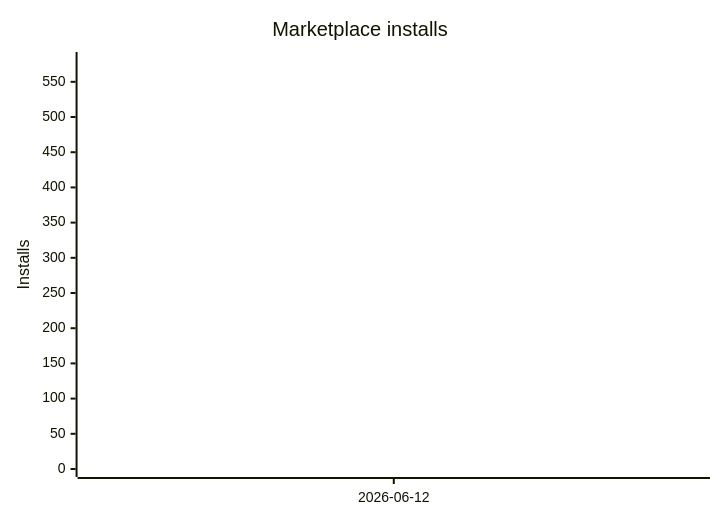
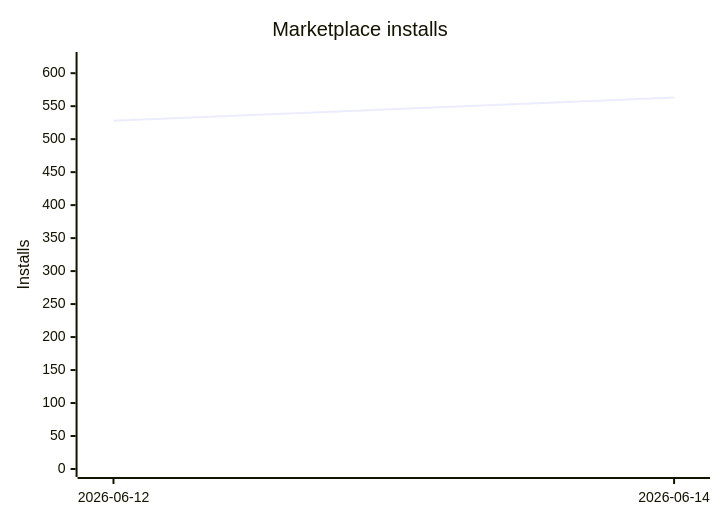
One commit to klarkxy/minimax-vscode changed the diagram in README.md. Above: the diagram before and after it, drawn with Mermaid. The commit also changed 5 other files, not shown here.

````diff
--- a/README.md
+++ b/README.md
@@ -41,7 +41,7 @@
 ```mermaid
 xychart-beta
     title "Marketplace installs"
-    x-axis [2026-06-12]
-    y-axis "Installs" 0 --> 581
-    line [528]
+    x-axis [2026-06-12, 2026-06-14]
+    y-axis "Installs" 0 --> 620
+    line [528, 563]
 ```
````
